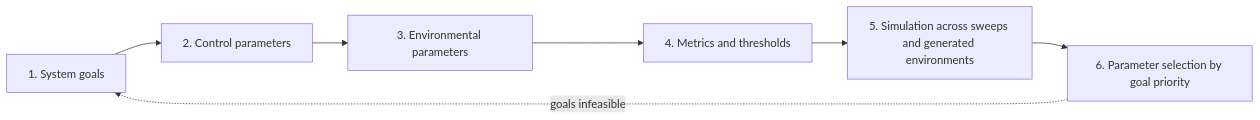
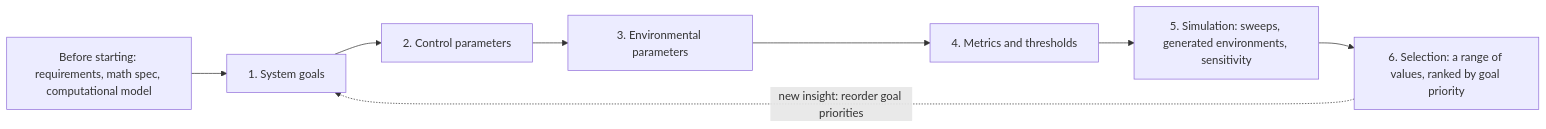
Before and after one commit to bonding-curves/avalanche-phase-ii-research: the diagram in content/Phase II/Wiki/Collections/Supplementary Research Papers/2021 Parameter Selection Under Uncertainty.md, drawn with Mermaid. The commit also changed other lines of this file and 27 other files, not shown here.

````diff
--- a/content/Phase II/Wiki/Collections/Supplementary Research Papers/2021 Parameter Selection Under Uncertainty.md
+++ b/content/Phase II/Wiki/Collections/Supplementary Research Papers/2021 Parameter Selection Under Uncertainty.md
@@ -16,9 +16,10 @@
 ```mermaid
 flowchart LR
-  G["1. System goals"] --> C["2. Control parameters"]
+  P["Before starting: requirements, math spec, computational model"] --> G["1. System goals"]
+  G --> C["2. Control parameters"]
   C --> E["3. Environmental parameters"]
   E --> K["4. Metrics and thresholds"]
-  K --> S["5. Simulation across sweeps and generated environments"]
-  S --> O["6. Parameter selection by goal priority"]
-  O -.->|"goals infeasible"| G
+  K --> S["5. Simulation: sweeps, generated environments, sensitivity"]
+  S --> O["6. Selection: a range of values, ranked by goal priority"]
+  O -.->|"new insight: reorder goal priorities"| G
 ```
````
